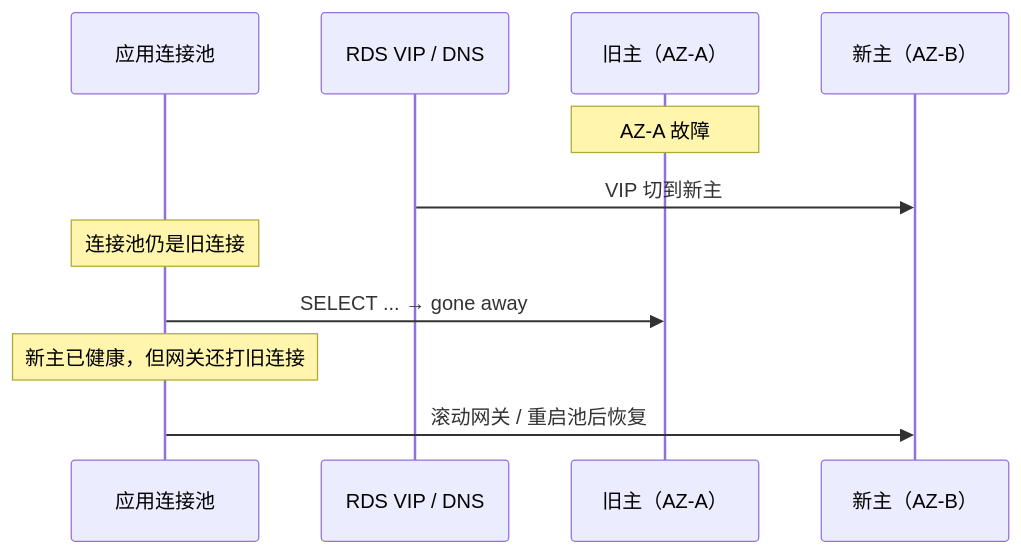
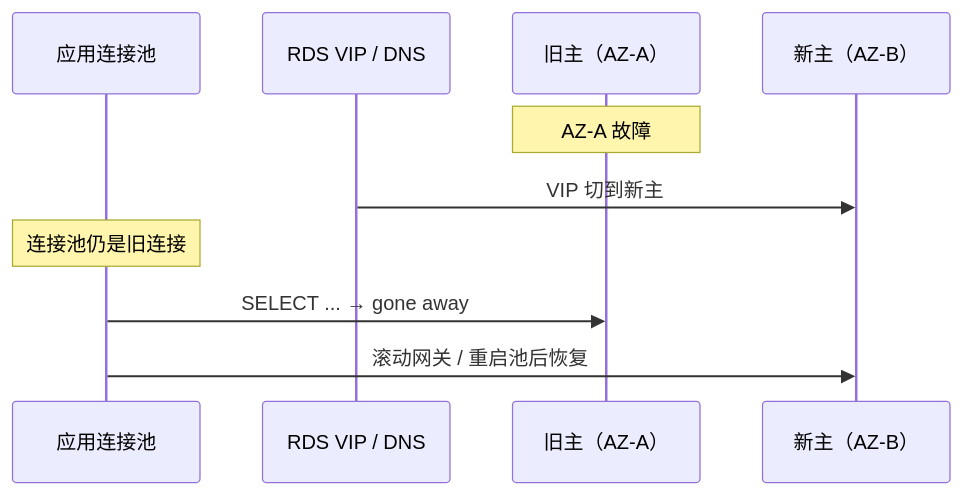
Before and after one commit to ml-cuizijun/LearnToLilith: the fifth of 8 diagrams in 06-云平台/03-云上存储与数据库/知识点.md, drawn with Mermaid. The commit also changed other lines of this file and 178 other files, not shown here.

````diff
--- a/06-云平台/03-云上存储与数据库/知识点.md
+++ b/06-云平台/03-云上存储与数据库/知识点.md
@@ -211,13 +203,12 @@
 ```mermaid
 sequenceDiagram
     participant App as 应用连接池
     participant VIP as RDS VIP / DNS
     participant Old as 旧主（AZ-A）
     participant New as 新主（AZ-B）
     Note over Old: AZ-A 故障
     VIP->>New: VIP 切到新主
     Note over App: 连接池仍是旧连接
     App->>Old: SELECT ... → gone away
-    Note over App: 新主已健康，但网关还打旧连接
     App->>New: 滚动网关 / 重启池后恢复
 ```
````
